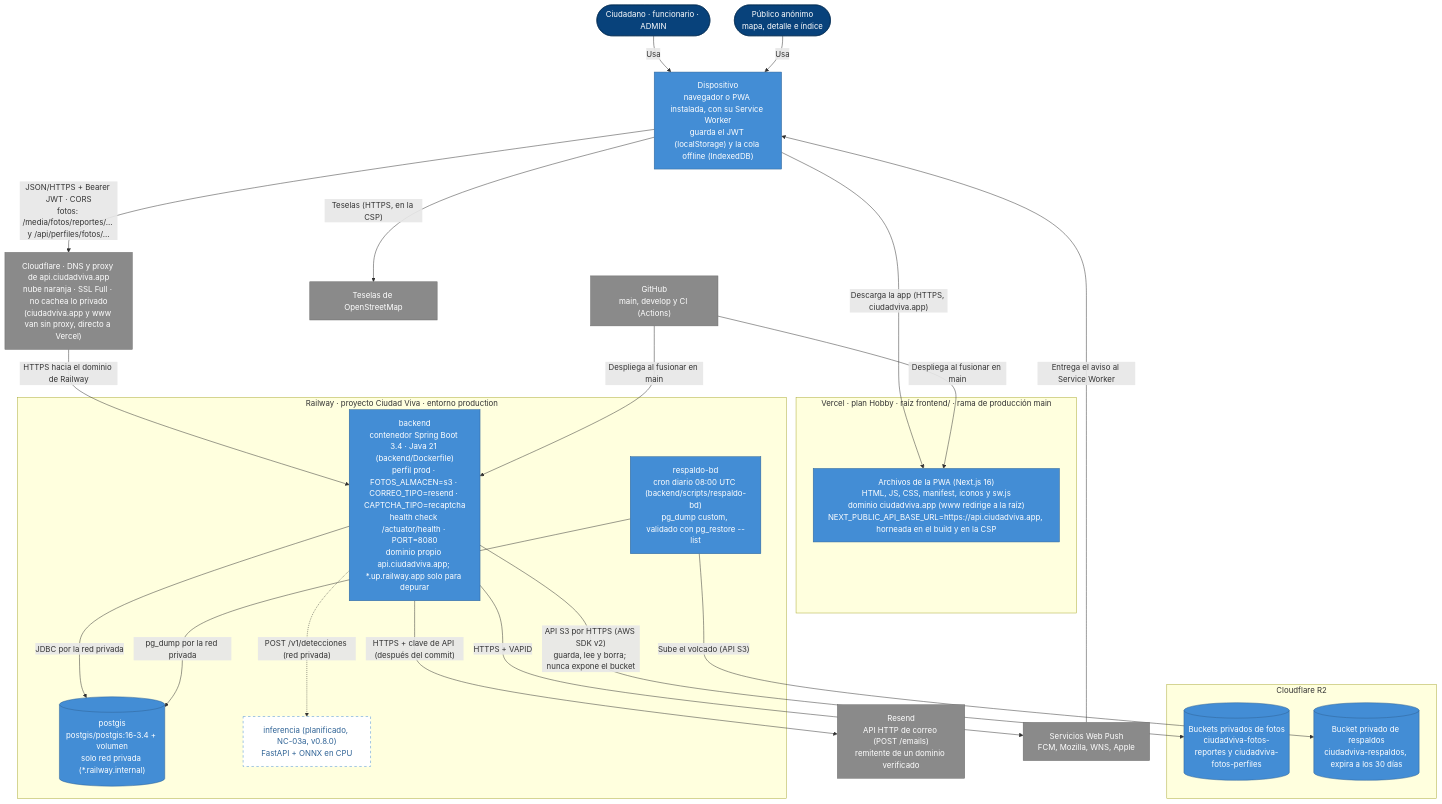
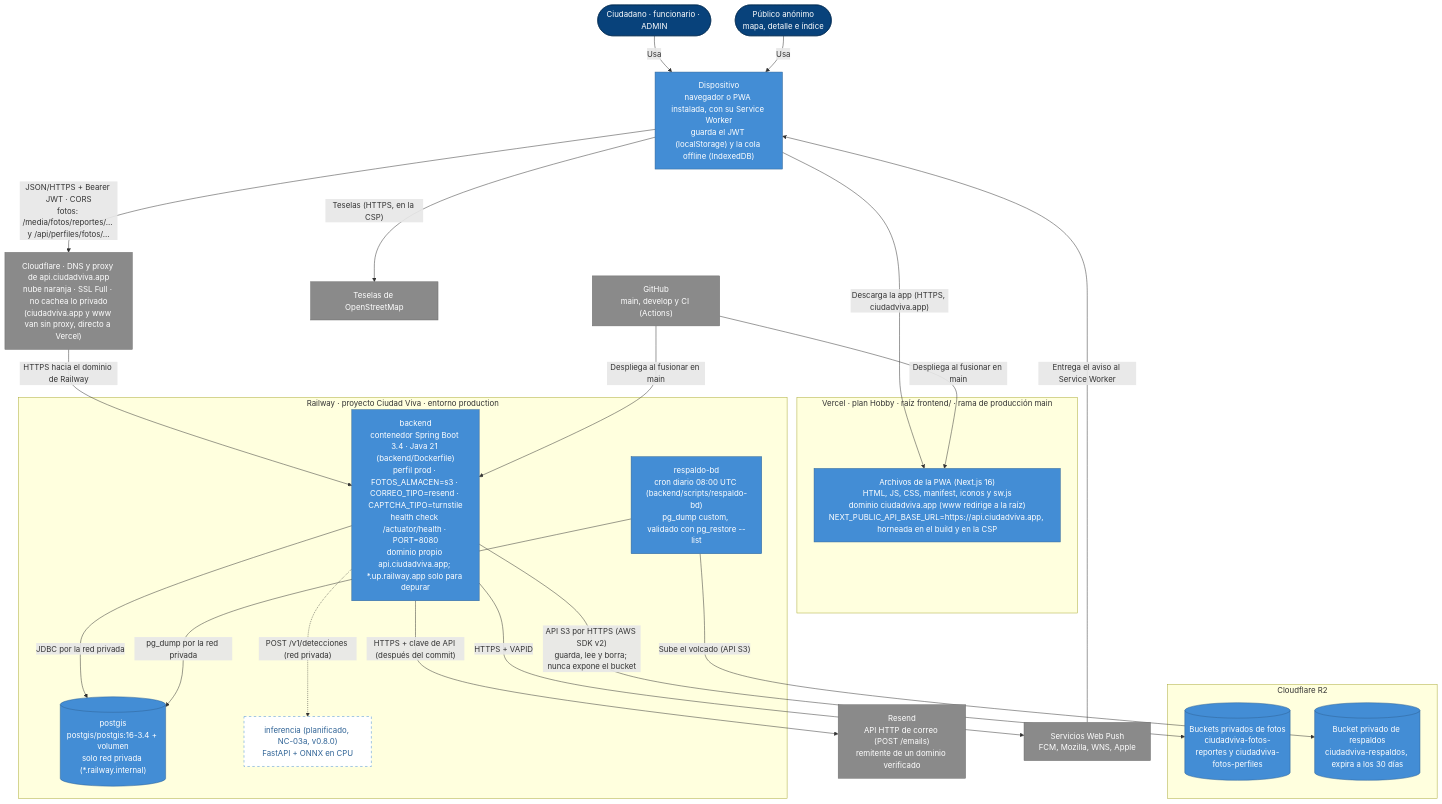
One commit to TP202620041/tesis changed the diagram in docs/arquitectura/c4-despliegue.md. Above: the diagram before and after it, drawn with Mermaid. The commit also changed other lines of this file and 3 other files, not shown here.

````diff
--- a/docs/arquitectura/c4-despliegue.md
+++ b/docs/arquitectura/c4-despliegue.md
@@ -5,56 +5,56 @@
 ```mermaid
 flowchart TB
   persona(["Ciudadano · funcionario · ADMIN"])
   publico(["Público anónimo<br/>mapa, detalle e índice"])
 
   dispositivo["Dispositivo<br/>navegador o PWA instalada, con su Service Worker<br/>guarda el JWT (localStorage) y la cola offline (IndexedDB)"]
 
   subgraph vercel["Vercel · plan Hobby · raíz frontend/ · rama de producción main"]
     pwa["Archivos de la PWA (Next.js 16)<br/>HTML, JS, CSS, manifest, iconos y sw.js<br/>dominio ciudadviva.app (www redirige a la raíz)<br/>NEXT_PUBLIC_API_BASE_URL=https://api.ciudadviva.app, horneada en el build y en la CSP"]
   end
 
   proxy["Cloudflare · DNS y proxy de api.ciudadviva.app<br/>nube naranja · SSL Full · no cachea lo privado<br/>(ciudadviva.app y www van sin proxy, directo a Vercel)"]
 
   subgraph railway["Railway · proyecto Ciudad Viva · entorno production"]
-    api["backend<br/>contenedor Spring Boot 3.4 · Java 21 (backend/Dockerfile)<br/>perfil prod · FOTOS_ALMACEN=s3 · CORREO_TIPO=resend · CAPTCHA_TIPO=recaptcha<br/>health check /actuator/health · PORT=8080<br/>dominio propio api.ciudadviva.app; *.up.railway.app solo para depurar"]
+    api["backend<br/>contenedor Spring Boot 3.4 · Java 21 (backend/Dockerfile)<br/>perfil prod · FOTOS_ALMACEN=s3 · CORREO_TIPO=resend · CAPTCHA_TIPO=turnstile<br/>health check /actuator/health · PORT=8080<br/>dominio propio api.ciudadviva.app; *.up.railway.app solo para depurar"]
     db[("postgis<br/>postgis/postgis:16-3.4 + volumen<br/>solo red privada (*.railway.internal)")]
     respaldo["respaldo-bd<br/>cron diario 08:00 UTC (backend/scripts/respaldo-bd)<br/>pg_dump custom, validado con pg_restore --list"]
     inferencia["inferencia (planificado, NC-03a, v0.8.0)<br/>FastAPI + ONNX en CPU"]
   end
 
   subgraph cloudflare["Cloudflare R2"]
     fotos[("Buckets privados de fotos<br/>ciudadviva-fotos-reportes y ciudadviva-fotos-perfiles")]
     copias[("Bucket privado de respaldos<br/>ciudadviva-respaldos, expira a los 30 días")]
   end
 
   correo["Resend<br/>API HTTP de correo (POST /emails)<br/>remitente de un dominio verificado"]
   push["Servicios Web Push<br/>FCM, Mozilla, WNS, Apple"]
   osm["Teselas de OpenStreetMap"]
   github["GitHub<br/>main, develop y CI (Actions)"]
 
   persona -->|"Usa"| dispositivo
   publico -->|"Usa"| dispositivo
   dispositivo -->|"Descarga la app (HTTPS, ciudadviva.app)"| pwa
   dispositivo -->|"JSON/HTTPS + Bearer JWT · CORS<br/>fotos: /media/fotos/reportes/… y /api/perfiles/fotos/…"| proxy
   proxy -->|"HTTPS hacia el dominio de Railway"| api
   dispositivo -->|"Teselas (HTTPS, en la CSP)"| osm
   api -->|"JDBC por la red privada"| db
   api -->|"API S3 por HTTPS (AWS SDK v2)<br/>guarda, lee y borra; nunca expone el bucket"| fotos
   api -->|"HTTPS + clave de API (después del commit)"| correo
   api -->|"HTTPS + VAPID"| push
   push -->|"Entrega el aviso al Service Worker"| dispositivo
   api -.->|"POST /v1/detecciones (red privada)"| inferencia
   respaldo -->|"pg_dump por la red privada"| db
   respaldo -->|"Sube el volcado (API S3)"| copias
   github -->|"Despliega al fusionar en main"| pwa
   github -->|"Despliega al fusionar en main"| api
 
   classDef persona fill:#08427b,stroke:#052e56,color:#ffffff
   classDef contenedor fill:#438dd5,stroke:#2e6295,color:#ffffff
   classDef externo fill:#8a8a8a,stroke:#6b6b6b,color:#ffffff
   classDef planificado fill:#ffffff,stroke:#438dd5,stroke-dasharray:5 5,color:#2e6295
   class persona,publico persona
   class dispositivo,pwa,api,db,respaldo,fotos,copias contenedor
   class correo,push,osm,github,proxy externo
   class inferencia planificado
 ```
````
